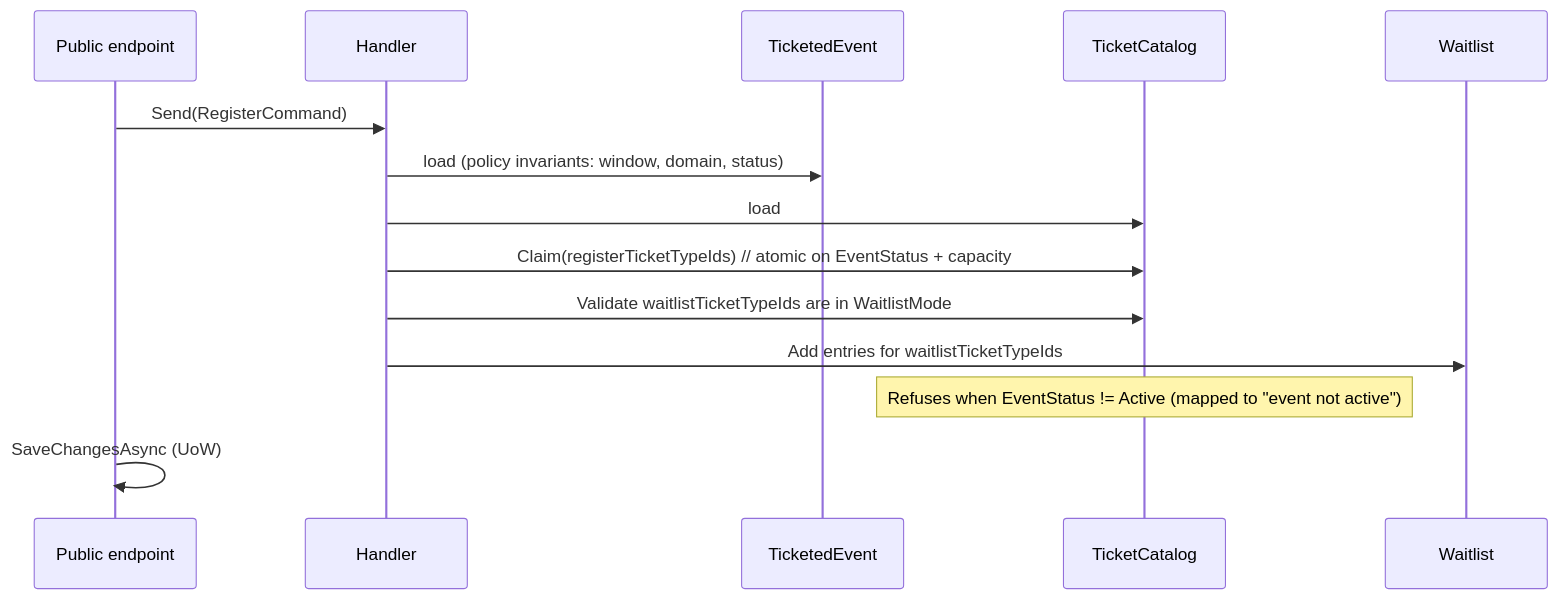
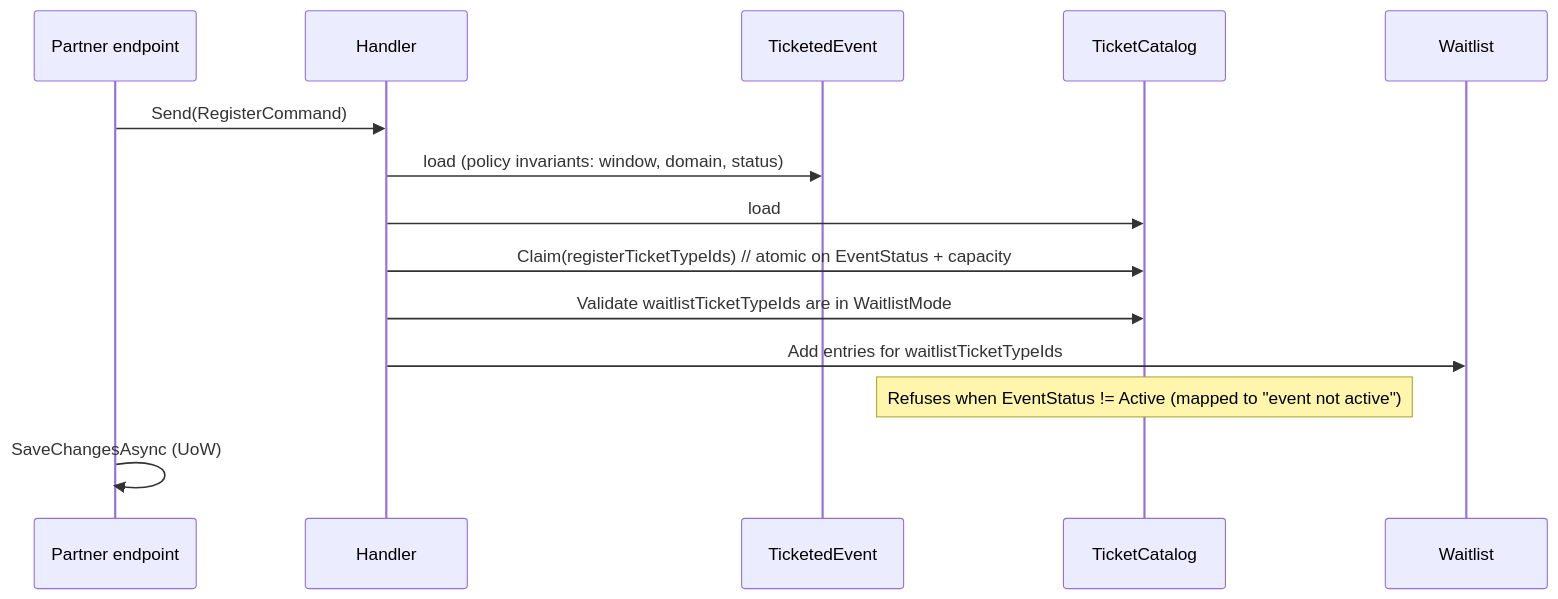
One commit to amolenk/Admitto changed the fifth of 12 diagrams in docs/arc42/06-runtime-view.md. Above: the diagram before and after it, drawn with Mermaid. The commit also changed other lines of this file and 103 other files, not shown here.

Commit message:
Rename Public API to Partner API and update related endpoints and documentation

````diff
--- a/docs/arc42/06-runtime-view.md
+++ b/docs/arc42/06-runtime-view.md
@@ -155,16 +155,16 @@
 ```mermaid
 sequenceDiagram
-  participant Endpoint as Public endpoint
+  participant Endpoint as Partner endpoint
   participant Handler
   participant Event as TicketedEvent
   participant Catalog as TicketCatalog
 
   Endpoint->>Handler: Send(RegisterCommand)
   Handler->>Event: load (policy invariants: window, domain, status)
   Handler->>Catalog: load
   Handler->>Catalog: Claim(registerTicketTypeIds)  // atomic on EventStatus + capacity
   Handler->>Catalog: Validate waitlistTicketTypeIds are in WaitlistMode
   Handler->>Waitlist: Add entries for waitlistTicketTypeIds
   Note over Catalog: Refuses when EventStatus != Active (mapped to "event not active")
   Endpoint->>Endpoint: SaveChangesAsync (UoW)
 ```
````
